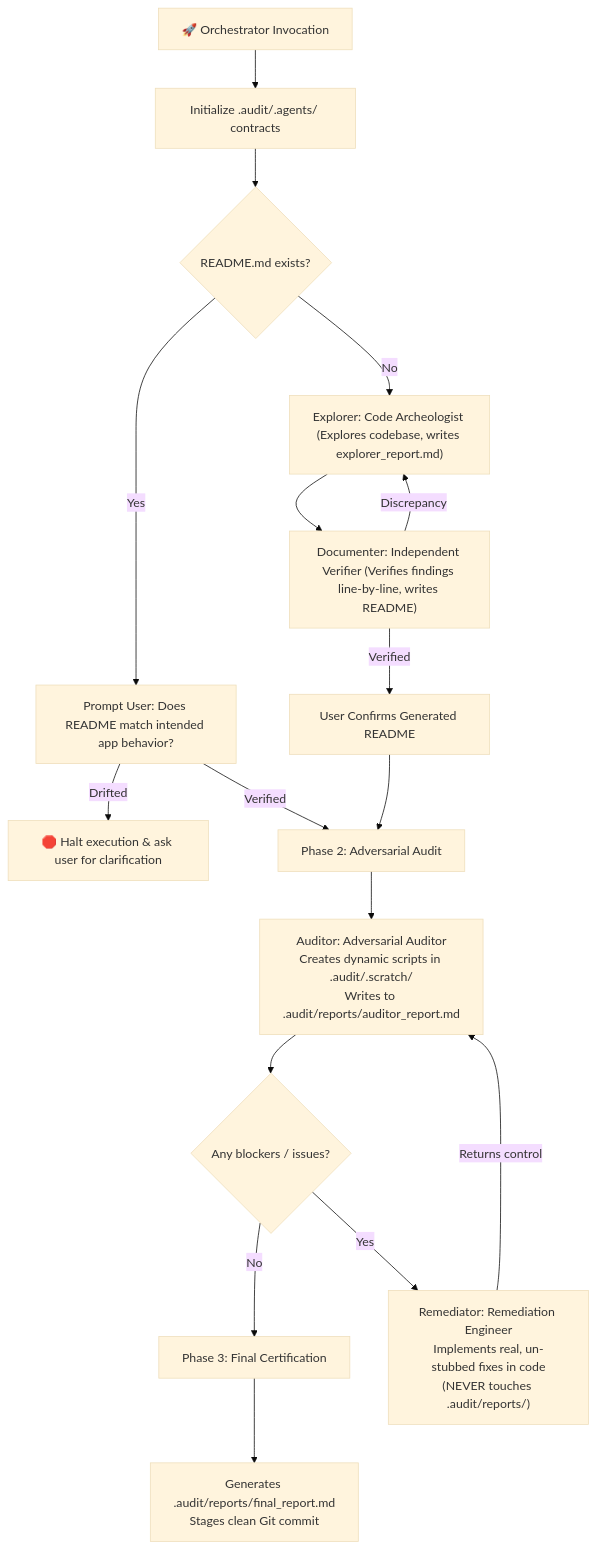
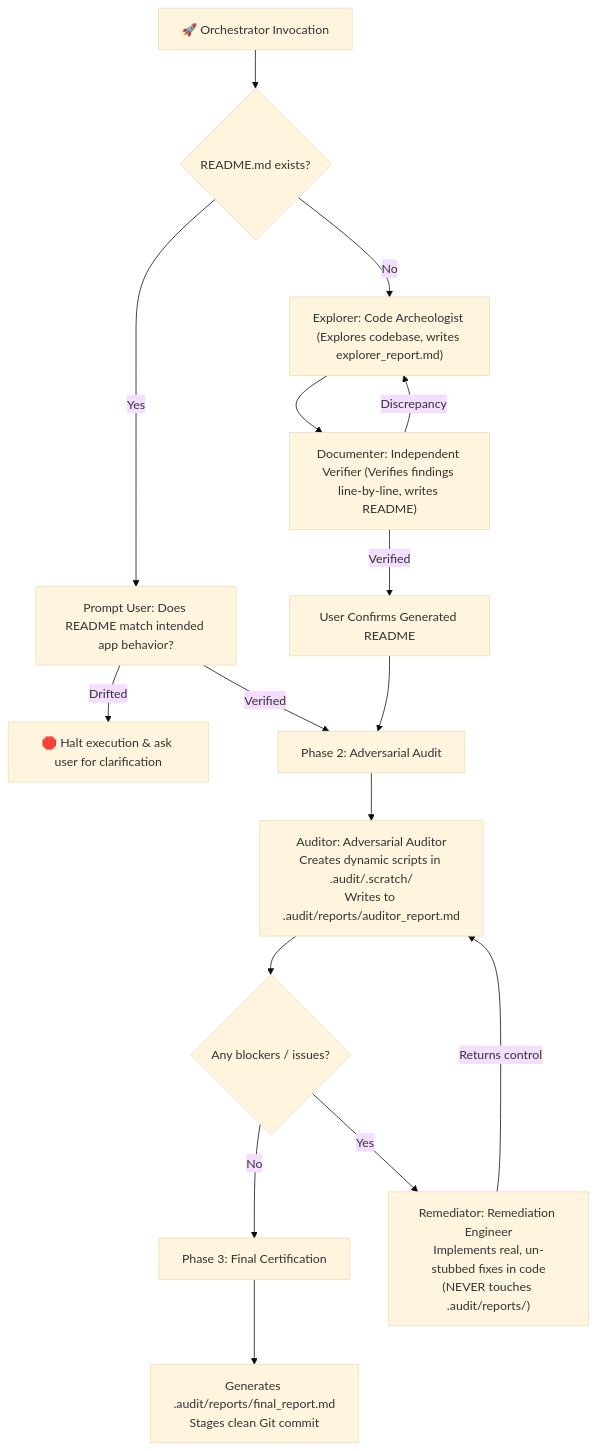
The diagram in README.md (subhasishsaha/repo-push-skill), drawn with Mermaid (base theme) before and after one commit. The commit also changed other lines of this file and 2 other files, not shown here.

Commit message:
refactor: inject subagent behavioral contracts in-memory to prevent .audit/.agents/ disk clutter

````diff
--- a/README.md
+++ b/README.md
@@ -26,22 +27,21 @@
 ```mermaid
 flowchart TD
-    Start["🚀 Orchestrator Invocation"] --> InitAgents["Initialize .audit/.agents/ contracts"]
-    InitAgents --> CheckReadme{"README.md exists?"}
+    Start["🚀 Orchestrator Invocation"] --> CheckReadme{"README.md exists?"}
     
     CheckReadme -->|Yes| VerifyUser["Prompt User: Does README match intended app behavior?"]
     VerifyUser -->|Drifted| Halt["🛑 Halt execution & ask user for clarification"]
     VerifyUser -->|Verified| Phase2["Phase 2: Adversarial Audit"]
 
     CheckReadme -->|No| Exp["Explorer: Code Archeologist (Explores codebase, writes explorer_report.md)"]
     Exp --> Doc["Documenter: Independent Verifier (Verifies findings line-by-line, writes README)"]
     Doc -->|Discrepancy| Exp
     Doc -->|Verified| ConfirmUser["User Confirms Generated README"] --> Phase2
 
     Phase2 --> Aud["Auditor: Adversarial Auditor\nCreates dynamic scripts in .audit/.scratch/\nWrites to .audit/reports/auditor_report.md"]
     Aud --> CheckBlockers{"Any blockers / issues?"}
     CheckBlockers -->|No| Phase3["Phase 3: Final Certification"]
     CheckBlockers -->|Yes| Rem["Remediator: Remediation Engineer\nImplements real, un-stubbed fixes in code\n(NEVER touches .audit/reports/)"]
     Rem -->|Returns control| Aud
 
     Phase3 --> FinalReport["Generates .audit/reports/final_report.md\nStages clean Git commit"]
 ```
````
